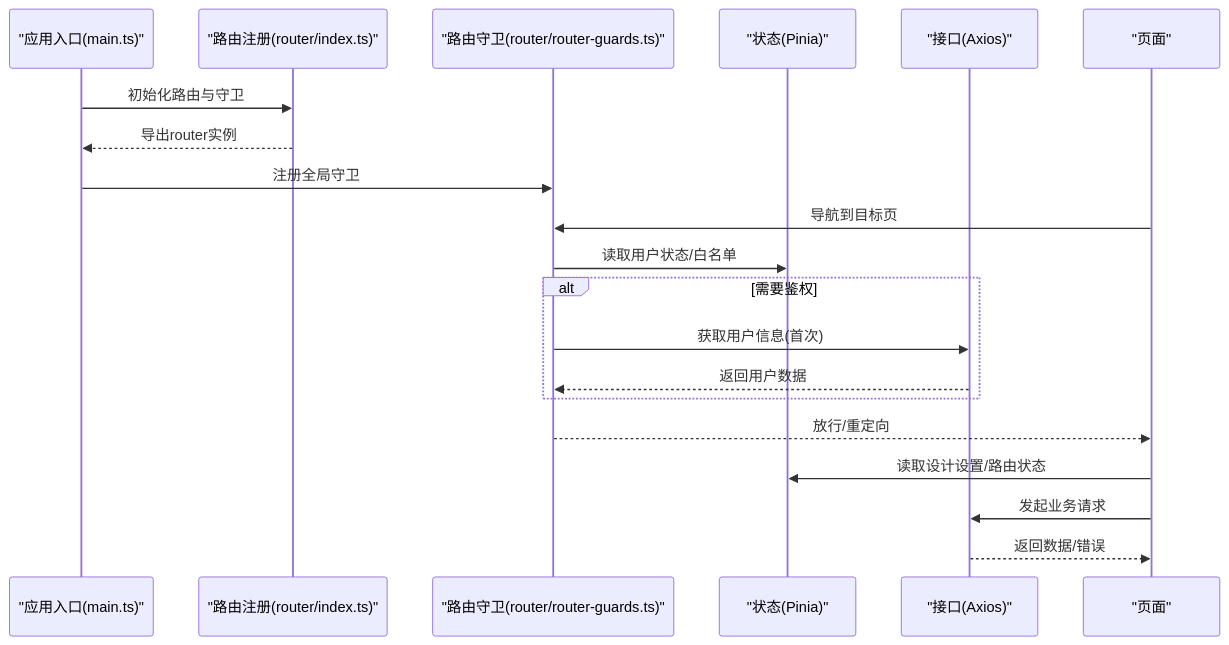
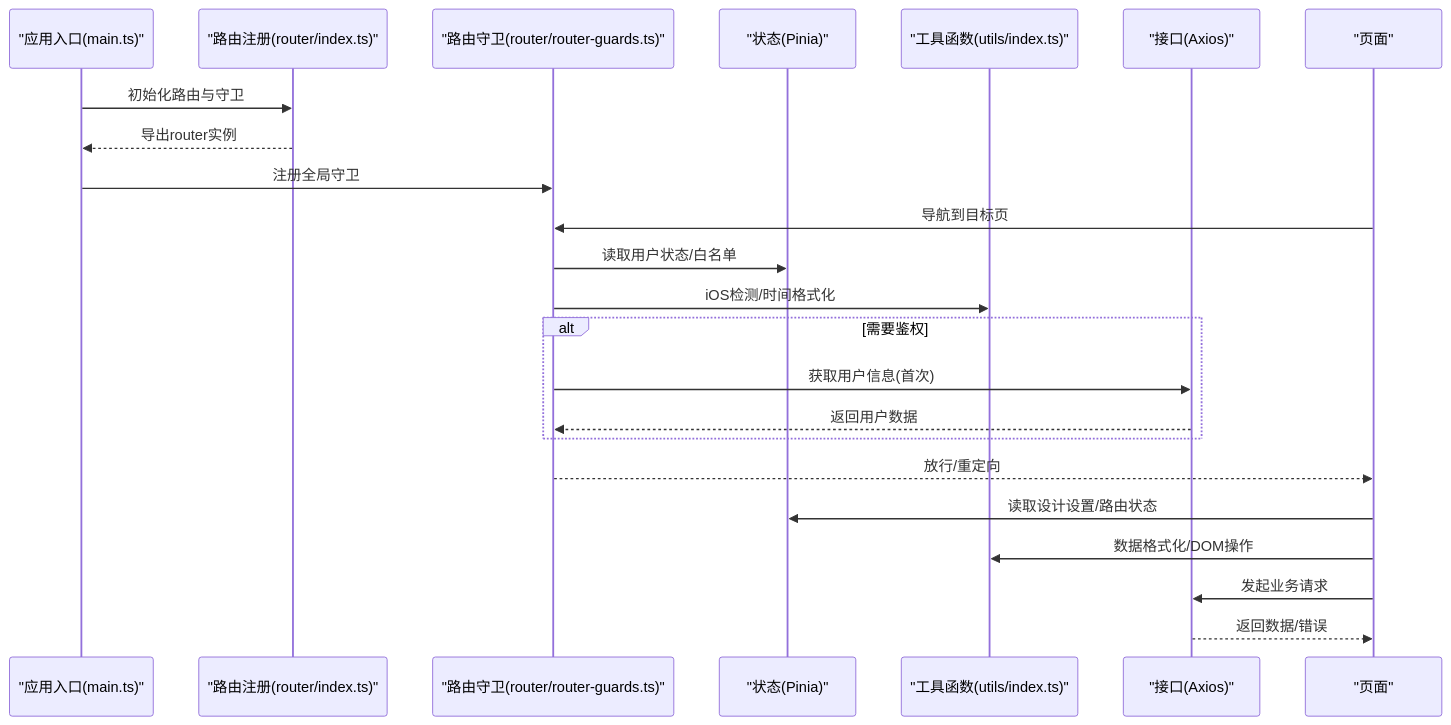
The second of 8 diagrams in .qoder/repowiki/zh/content/核心系统/核心系统.md (giserman001/vue3-vant4-mobile), drawn with Mermaid before and after one commit. The commit also changed other lines of this file and 60 other files, not shown here.

````diff
--- a/.qoder/repowiki/zh/content/核心系统/核心系统.md
+++ b/.qoder/repowiki/zh/content/核心系统/核心系统.md
@@ -128,22 +177,25 @@
 ```mermaid
 sequenceDiagram
 participant App as "应用入口(main.ts)"
 participant Router as "路由注册(router/index.ts)"
 participant Guard as "路由守卫(router/router-guards.ts)"
 participant Store as "状态(Pinia)"
+participant Utils as "工具函数(utils/index.ts)"
 participant API as "接口(Axios)"
 participant View as "页面"
 App->>Router : 初始化路由与守卫
 Router-->>App : 导出router实例
 App->>Guard : 注册全局守卫
 View->>Guard : 导航到目标页
 Guard->>Store : 读取用户状态/白名单
+Guard->>Utils : iOS检测/时间格式化
 alt 需要鉴权
 Guard->>API : 获取用户信息(首次)
 API-->>Guard : 返回用户数据
 end
 Guard-->>View : 放行/重定向
 View->>Store : 读取设计设置/路由状态
+View->>Utils : 数据格式化/DOM操作
 View->>API : 发起业务请求
 API-->>View : 返回数据/错误
 ```
````
